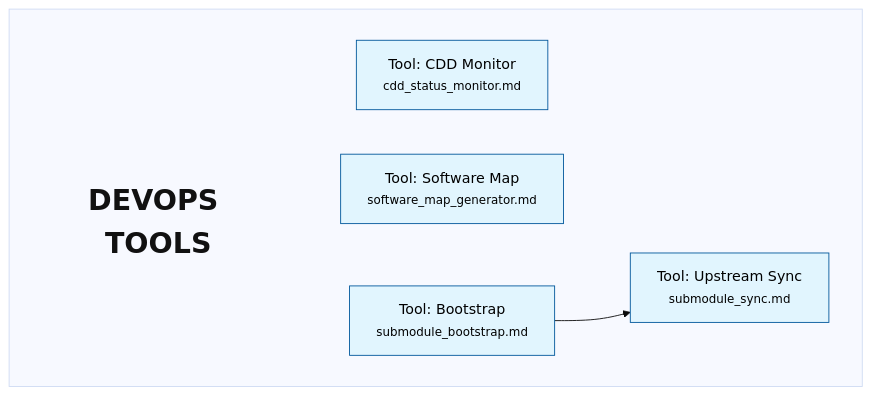
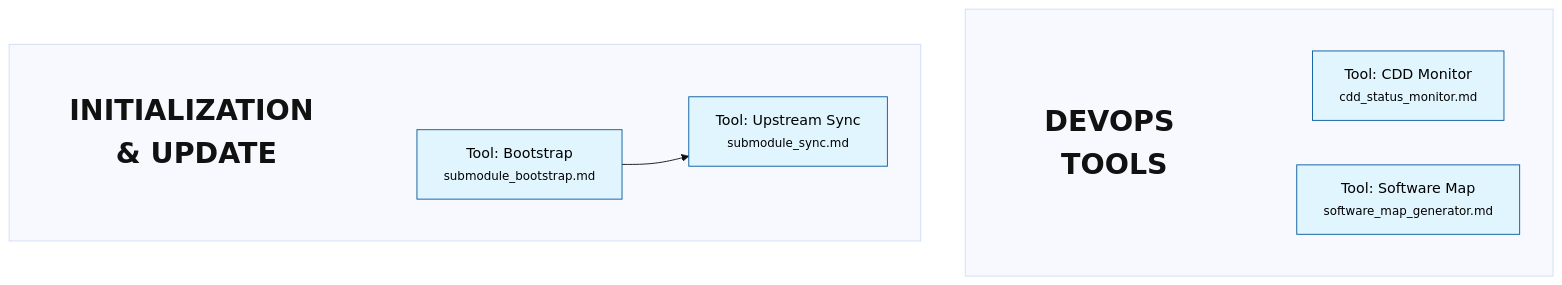
One commit to rlabarca/agentic-dev-core changed the diagram in README.md. Above: the diagram before and after it, drawn with Mermaid (base theme). The commit also changed 2 other files, not shown here.

Commit message:
spec: Recategorize bootstrap and sync tools as "Initialization & Update"

````diff
--- a/README.md
+++ b/README.md
@@ -117,30 +117,35 @@
 ```mermaid
 flowchart TD
 
 
     subgraph DevOps_Tools [" "]
         title_DevOps_Tools["DEVOPS TOOLS"]
         cdd_status_monitor["Tool: CDD Monitor<br/><small>cdd_status_monitor.md</small>"]
         title_DevOps_Tools ~~~ cdd_status_monitor
         software_map_generator["Tool: Software Map<br/><small>software_map_generator.md</small>"]
         title_DevOps_Tools ~~~ software_map_generator
+    end
+
+    subgraph Initialization_&_Update [" "]
+        title_Initialization_&_Update["INITIALIZATION & UPDATE"]
         submodule_bootstrap["Tool: Bootstrap<br/><small>submodule_bootstrap.md</small>"]
-        title_DevOps_Tools ~~~ submodule_bootstrap
+        title_Initialization_&_Update ~~~ submodule_bootstrap
         submodule_sync["Tool: Upstream Sync<br/><small>submodule_sync.md</small>"]
-        title_DevOps_Tools ~~~ submodule_sync
+        title_Initialization_&_Update ~~~ submodule_sync
     end
 
     %% Relationships
     submodule_bootstrap --> submodule_sync
 
     %% Styling Definitions
     classDef default fill:#e1f5fe,stroke:#01579b,stroke-width:1px,color:black;
     classDef release fill:#f96,stroke:#333,stroke-width:2px,color:black,font-weight:bold;
     classDef hardware fill:#e8f5e9,stroke:#2e7d32,stroke-width:1px,color:black;
     classDef ui fill:#f3e5f5,stroke:#7b1fa2,stroke-width:1px,color:black;
     classDef process fill:#f1f8e9,stroke:#558b2f,stroke-width:1px,color:black;
     classDef subgraphTitle fill:none,stroke:none,color:#111,font-size:32px,font-weight:bold;
 
     %% Style Applications
     class title_DevOps_Tools subgraphTitle;
+    class title_Initialization_&_Update subgraphTitle;
 ```
````
